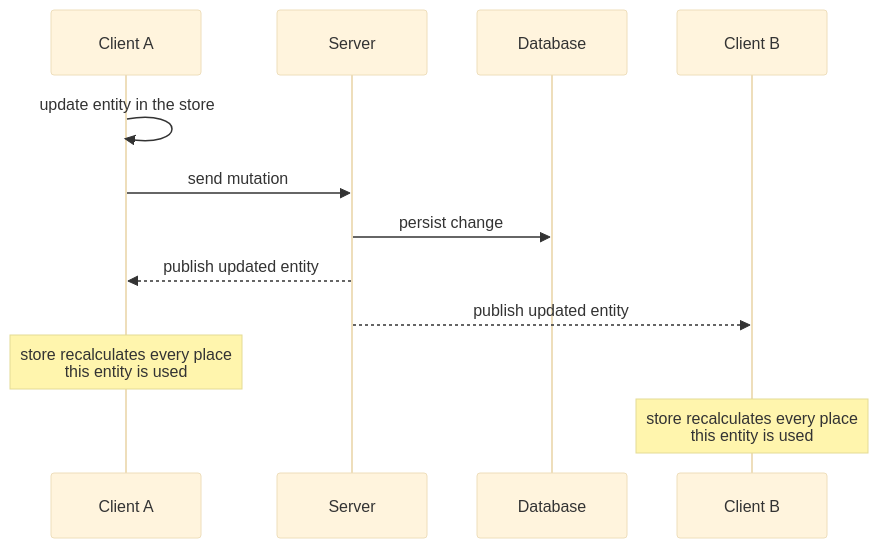
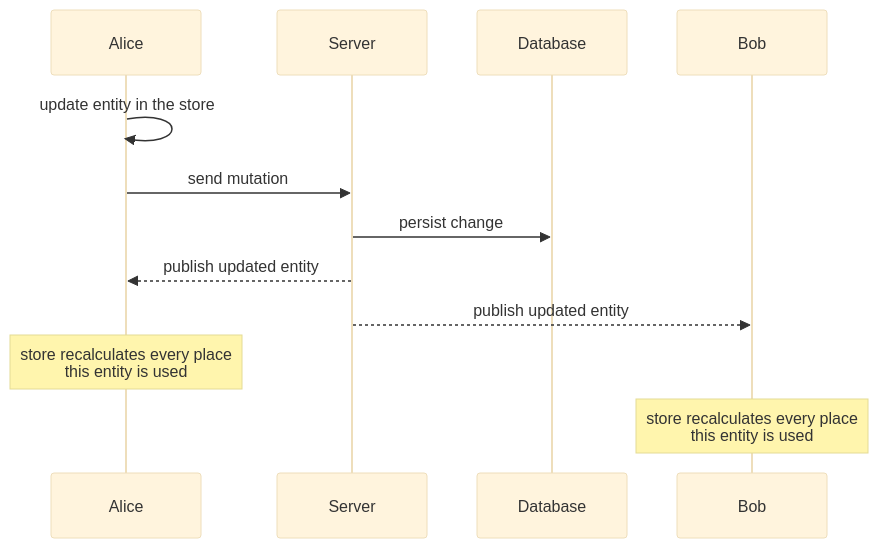
One commit to vanya2h/rxfy changed the diagram in apps/docs/src/pages/index.mdx. Above: the diagram before and after it, drawn with Mermaid (base theme). The commit also changed other lines of this file and 4 other files, not shown here.

````diff
--- a/apps/docs/src/pages/index.mdx
+++ b/apps/docs/src/pages/index.mdx
@@ -34,15 +38,15 @@
 ```mermaid
 sequenceDiagram
-    participant A as Client A
+    participant A as Alice
     participant S as Server
     participant DB as Database
-    participant B as Client B
+    participant B as Bob
 
     A->>A: update entity in the store
     A->>S: send mutation
     S->>DB: persist change
     S-->>A: publish updated entity
     S-->>B: publish updated entity
     Note over A: store recalculates every place<br/>this entity is used
     Note over B: store recalculates every place<br/>this entity is used
 ```
````
